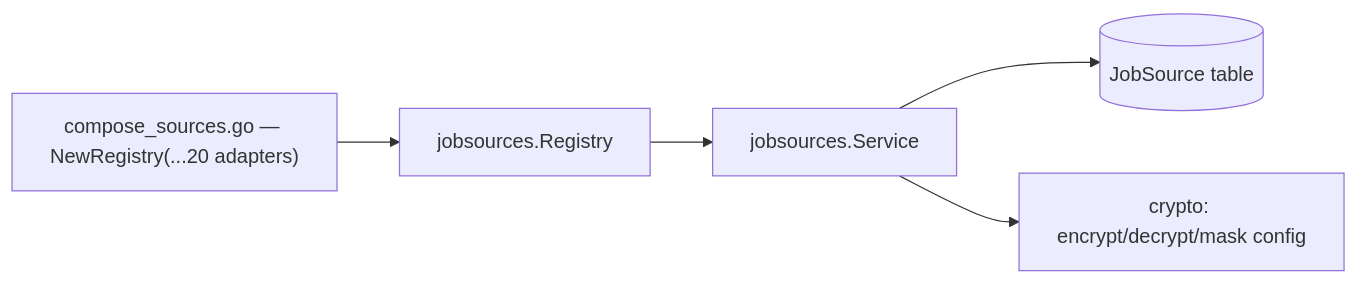
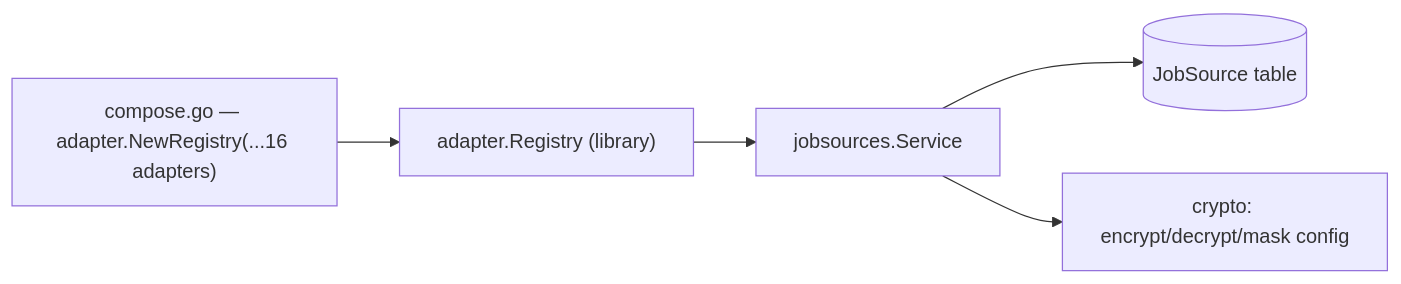
Before and after one commit to nonamecat19/job-finder: the first of 4 diagrams in docs/docs/ingestion/job-sources.md, drawn with Mermaid. The commit also changed other lines of this file and 38 other files, not shown here.

````diff
--- a/docs/docs/ingestion/job-sources.md
+++ b/docs/docs/ingestion/job-sources.md
@@ -32,7 +44,7 @@
 ```mermaid
 flowchart LR
-    COMP["compose_sources.go — NewRegistry(...20 adapters)"] --> REG["jobsources.Registry"]
+    COMP["compose.go — adapter.NewRegistry(...16 adapters)"] --> REG["adapter.Registry (library)"]
     REG --> SVC["jobsources.Service"]
     SVC --> Q[("JobSource table")]
     SVC --> CR["crypto: encrypt/decrypt/mask config"]
 ```
````
